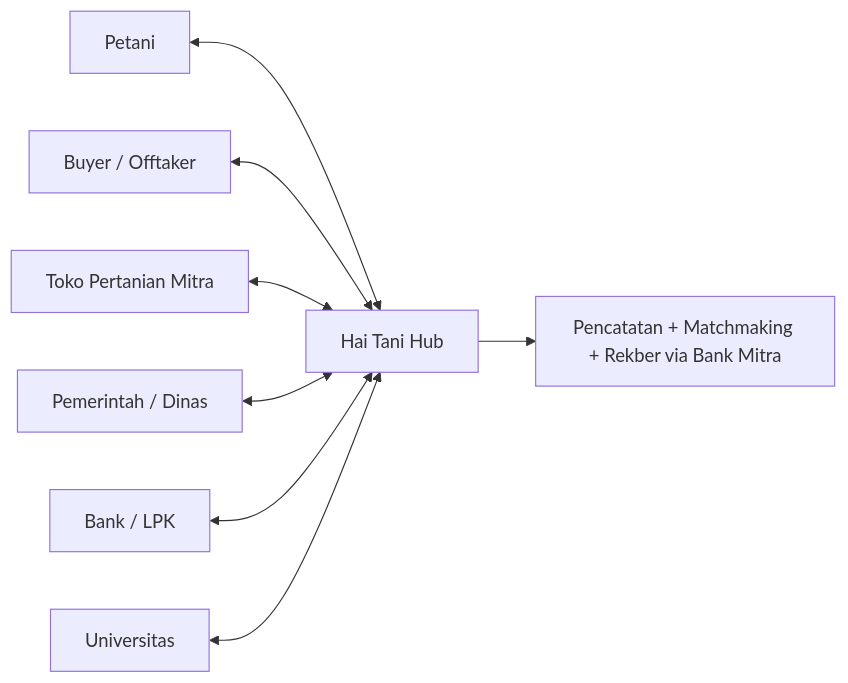
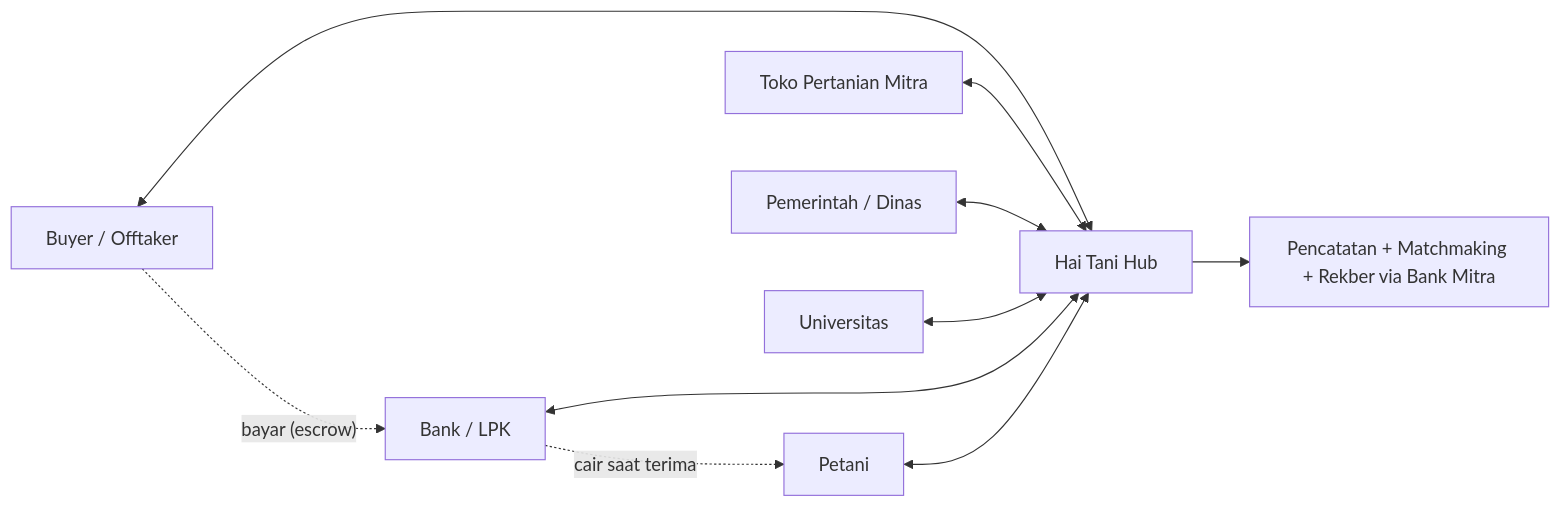
Before and after one commit to WawaGanteng13/hai-tani-release: the diagram in docs/business-flow.md, drawn with Mermaid. The commit also changed 1 other file, not shown here.

Commit message:
docs: rewrite negotiation + business flow diagrams (mermaid, fulfil pipeline)

````diff
--- a/docs/business-flow.md
+++ b/docs/business-flow.md
@@ -5,10 +5,12 @@
 ```mermaid
 flowchart LR
     P[Petani] <--> H[Hai Tani Hub]
     B[Buyer / Offtaker] <--> H
     T[Toko Pertanian Mitra] <--> H
     G[Pemerintah / Dinas] <--> H
     K[Bank / LPK] <--> H
     U[Universitas] <--> H
     H --> R[Pencatatan + Matchmaking + Rekber via Bank Mitra]
+    B -. "bayar (escrow)" .-> K
+    K -. "cair saat terima" .-> P
 ```
````
